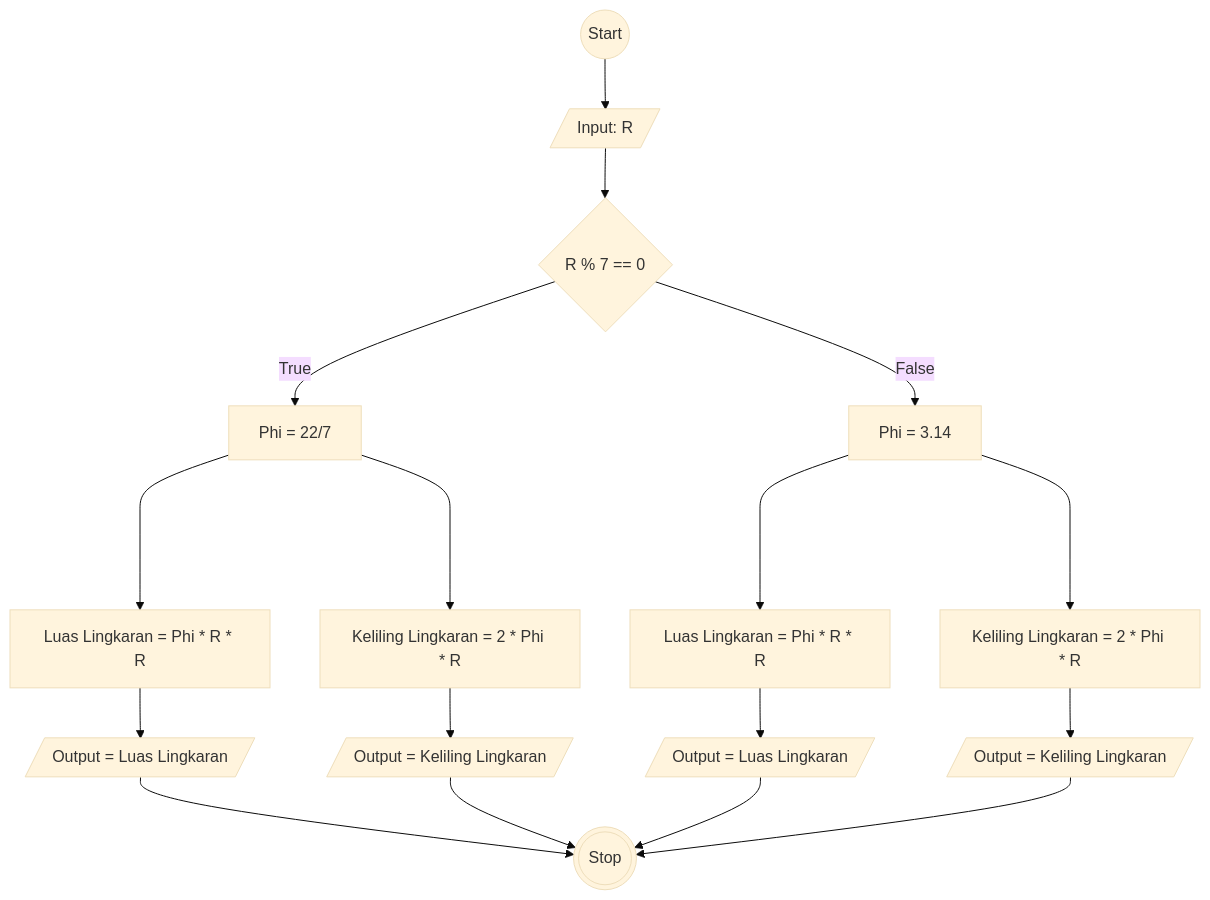
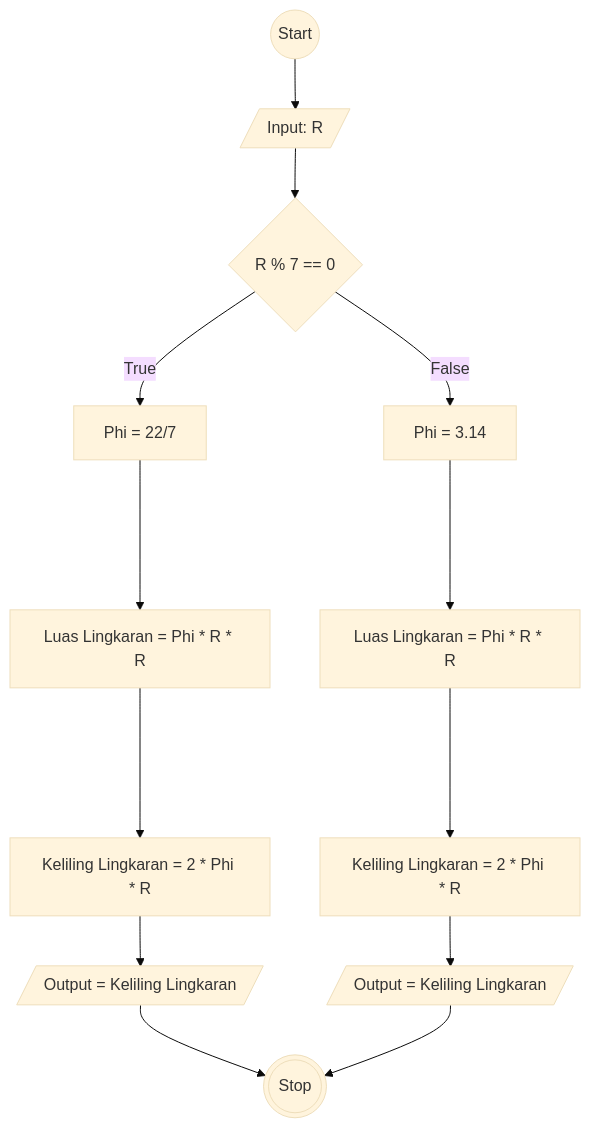
Before and after one commit to Vincentius31/koda-b6-algoritma: the diagram in flowchart-luas-keliling-lingkaran.md, drawn with Mermaid (base theme). The commit also changed 1 other file, not shown here.

````diff
--- a/flowchart-luas-keliling-lingkaran.md
+++ b/flowchart-luas-keliling-lingkaran.md
@@ -1,33 +1,27 @@
 ```mermaid
     flowchart TD
     id1((Start))
     id2[/"Input: R"/]
     id3{R % 7 == 0}
     id4["Phi = 22/7"]
     id5["Phi = 3.14"]
     id6["Luas Lingkaran = Phi * R * R"]
     id7["Keliling Lingkaran = 2 * Phi * R"]
     id8["Luas Lingkaran = Phi * R * R"]
     id9["Keliling Lingkaran = 2 * Phi * R"]
-    id10[/"Output = Luas Lingkaran "/]
     id11[/"Output = Keliling Lingkaran "/]
-    id12[/"Output = Luas Lingkaran "/]
     id13[/"Output = Keliling Lingkaran "/]
     id14(((Stop)))
 
     id1 --> id2 --> id3
     id3 -- True --> id4
     id3 -- False --> id5
     id4 ----> id6
-    id4 ----> id7
+    id6 ----> id7
     id5 ----> id8
-    id5 ----> id9
-    id6 --> id10
+    id8 ----> id9
     id7 --> id11
-    id8 --> id12
     id9 --> id13
-    id10 --> id14
     id11 --> id14
-    id12 --> id14
     id13 --> id14
 ```
````
